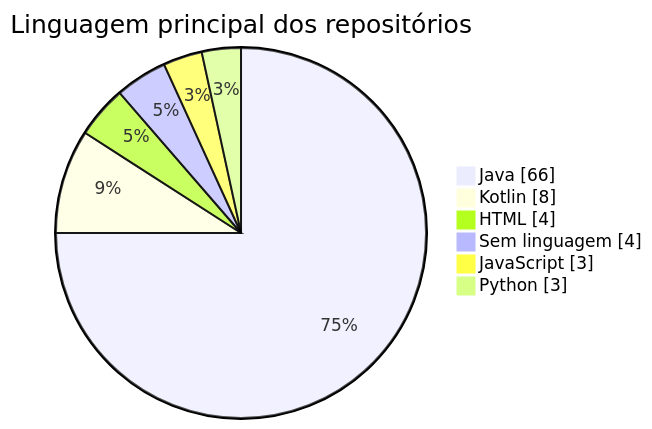
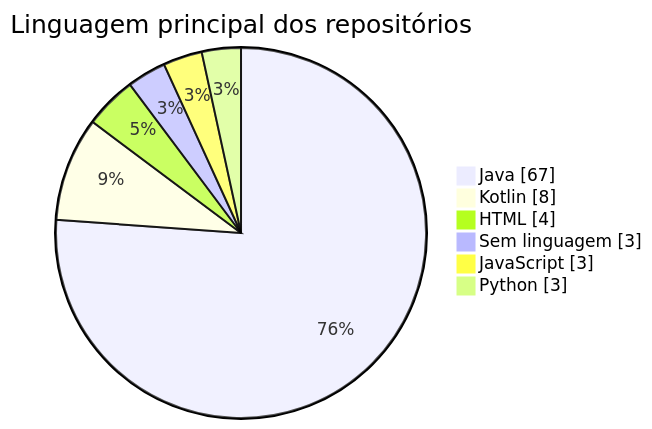
Before and after one commit to k3vinrich4rd/k3vinrich4rd: diagram 12 of 21 in README.md, drawn with Mermaid. The commit also changed other lines of this file and 1 other file, not shown here.

````diff
--- a/README.md
+++ b/README.md
@@ -971,10 +971,10 @@
 ```mermaid
 pie showData
     title Linguagem principal dos repositórios
-    "Java" : 66
+    "Java" : 67
     "Kotlin" : 8
     "HTML" : 4
-    "Sem linguagem" : 4
+    "Sem linguagem" : 3
     "JavaScript" : 3
     "Python" : 3
 ```
````
